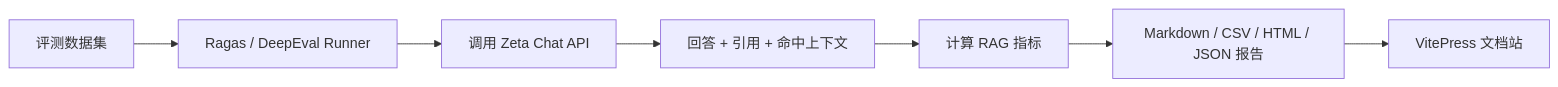
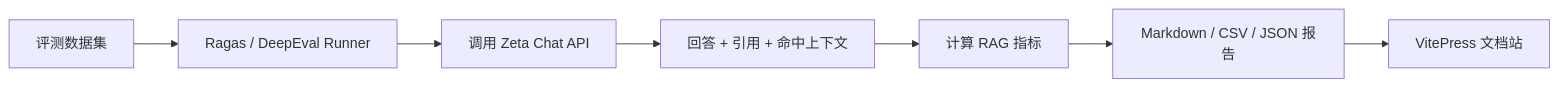
Before and after one commit to UserKei/Zeta: the third of 3 diagrams in apps/docs-site/architecture.md, drawn with Mermaid. The commit also changed other lines of this file and 19 other files, not shown here.

````diff
--- a/apps/docs-site/architecture.md
+++ b/apps/docs-site/architecture.md
@@ -174,9 +77,9 @@
 ```mermaid
 flowchart LR
     dataset[评测数据集] --> evalRunner[Ragas / DeepEval Runner]
     evalRunner --> api[调用 Zeta Chat API]
     api --> answer[回答 + 引用 + 命中上下文]
     answer --> metrics[计算 RAG 指标]
-    metrics --> report[Markdown / CSV / HTML / JSON 报告]
+    metrics --> report[Markdown / CSV / JSON 报告]
     report --> site[VitePress 文档站]
 ```
````
